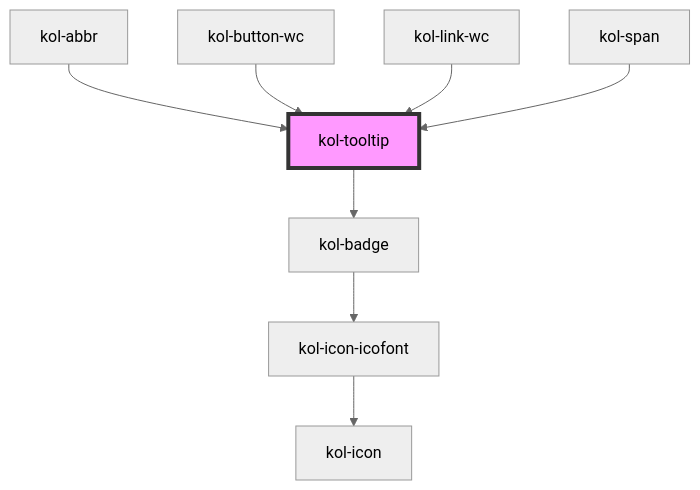
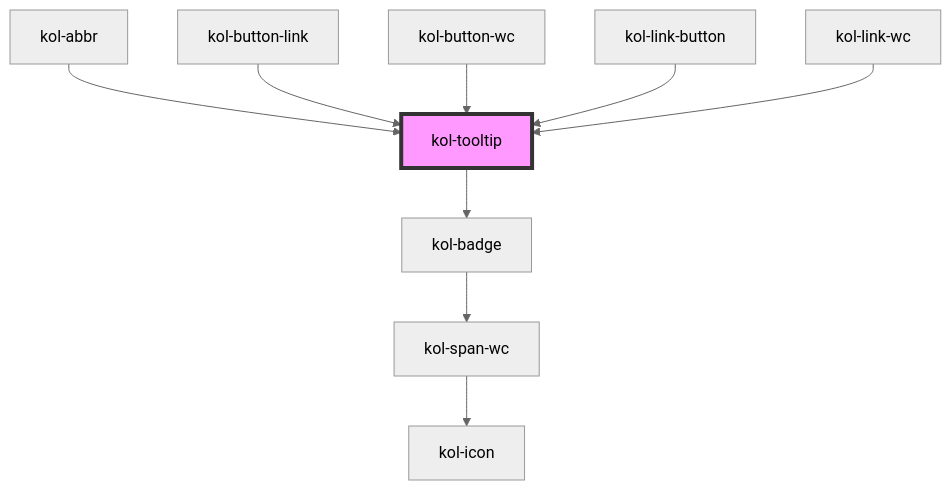
The diagram in packages/library/src/components/tooltip/readme.md (public-ui/kolibri), drawn with Mermaid (neutral theme) before and after one commit. The commit also changed other lines of this file and 34 other files, not shown here.

````diff
--- a/packages/library/src/components/tooltip/readme.md
+++ b/packages/library/src/components/tooltip/readme.md
@@ -46,11 +47,12 @@
 ```mermaid
 graph TD;
   kol-tooltip --> kol-badge
-  kol-badge --> kol-icon-icofont
-  kol-icon-icofont --> kol-icon
+  kol-badge --> kol-span-wc
+  kol-span-wc --> kol-icon
   kol-abbr --> kol-tooltip
+  kol-button-link --> kol-tooltip
   kol-button-wc --> kol-tooltip
+  kol-link-button --> kol-tooltip
   kol-link-wc --> kol-tooltip
-  kol-span --> kol-tooltip
   style kol-tooltip fill:#f9f,stroke:#333,stroke-width:4px
 ```
````
